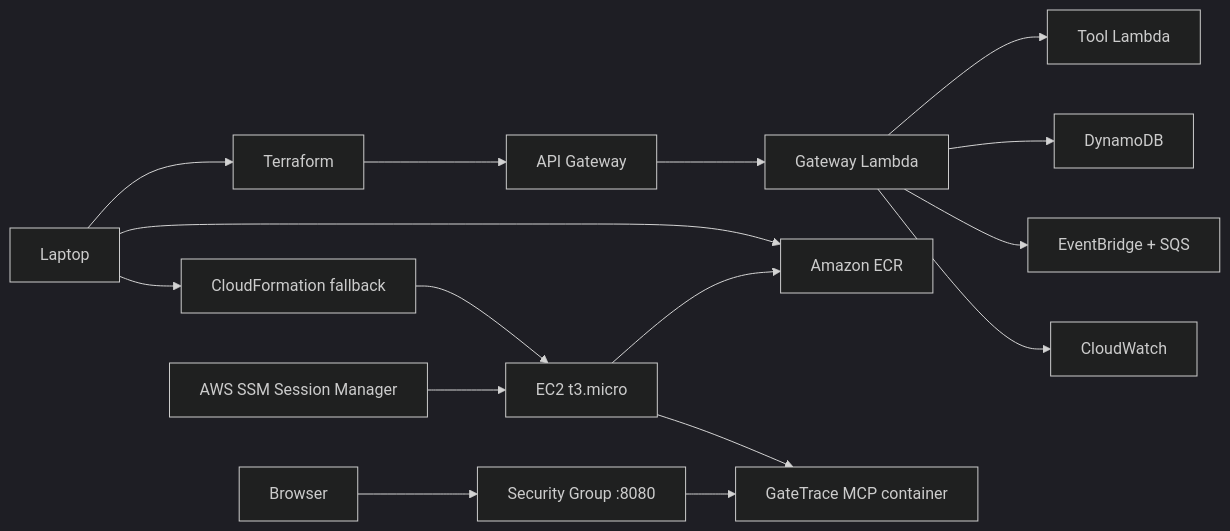
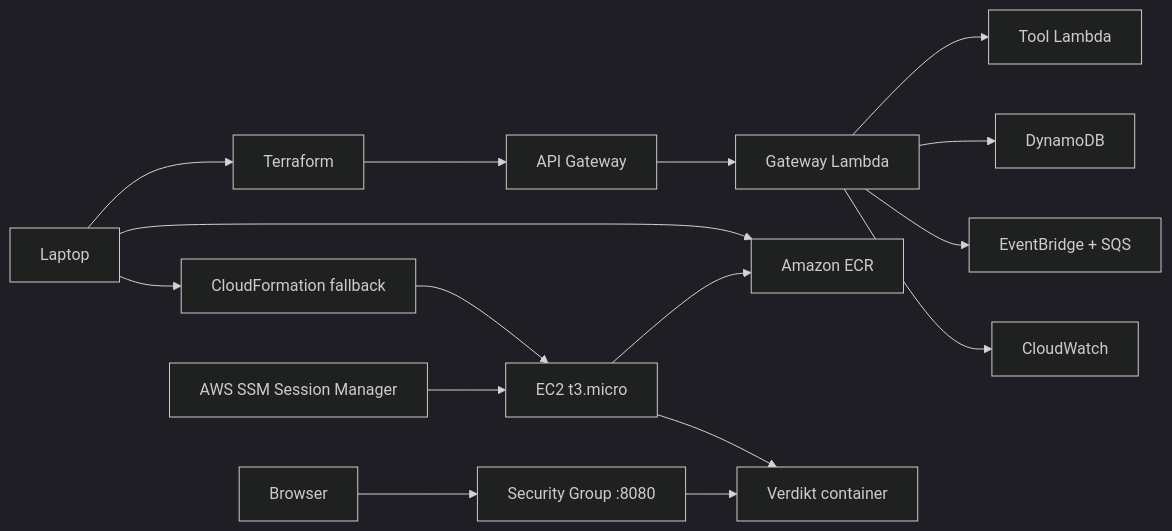
One commit to gaurav-gs7/Verdikt changed the diagram in docs/AWS_FREE_TIER_DEPLOY.md. Above: the diagram before and after it, drawn with Mermaid (dark theme). The commit also changed other lines of this file and 158 other files, not shown here.

````diff
--- a/docs/AWS_FREE_TIER_DEPLOY.md
+++ b/docs/AWS_FREE_TIER_DEPLOY.md
@@ -20,18 +20,18 @@
 ```mermaid
 flowchart LR
     Dev["Laptop"] --> IaC["Terraform"]
     IaC --> API["API Gateway"]
     API --> Lambda["Gateway Lambda"]
     Lambda --> ToolLambda["Tool Lambda"]
     Lambda --> DDB["DynamoDB"]
     Lambda --> Events["EventBridge + SQS"]
     Lambda --> CW["CloudWatch"]
     Dev --> ECR["Amazon ECR"]
     Dev --> CFN["CloudFormation fallback"]
     CFN --> EC2["EC2 t3.micro"]
     EC2 --> ECR
-    EC2 --> App["GateTrace MCP container"]
+    EC2 --> App["Verdikt container"]
     User["Browser"] --> SG["Security Group :8080"]
     SG --> App
     Operator["AWS SSM Session Manager"] --> EC2
 ```
````
